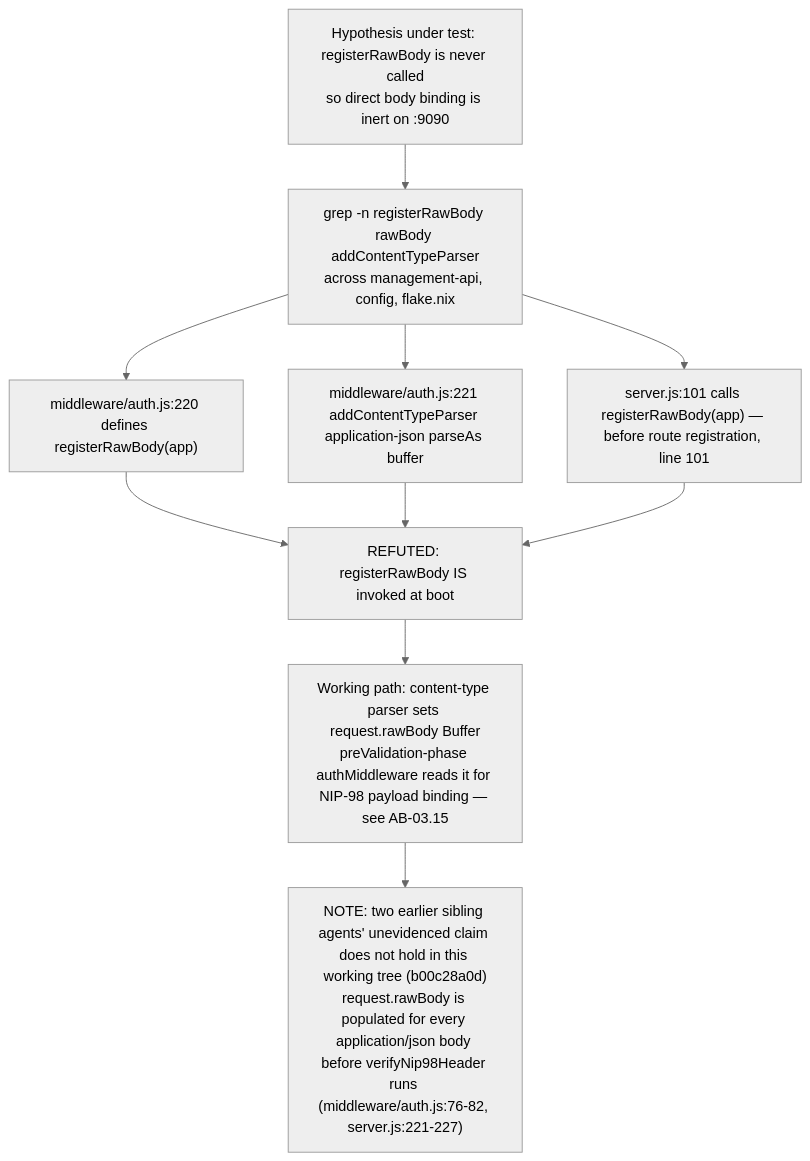
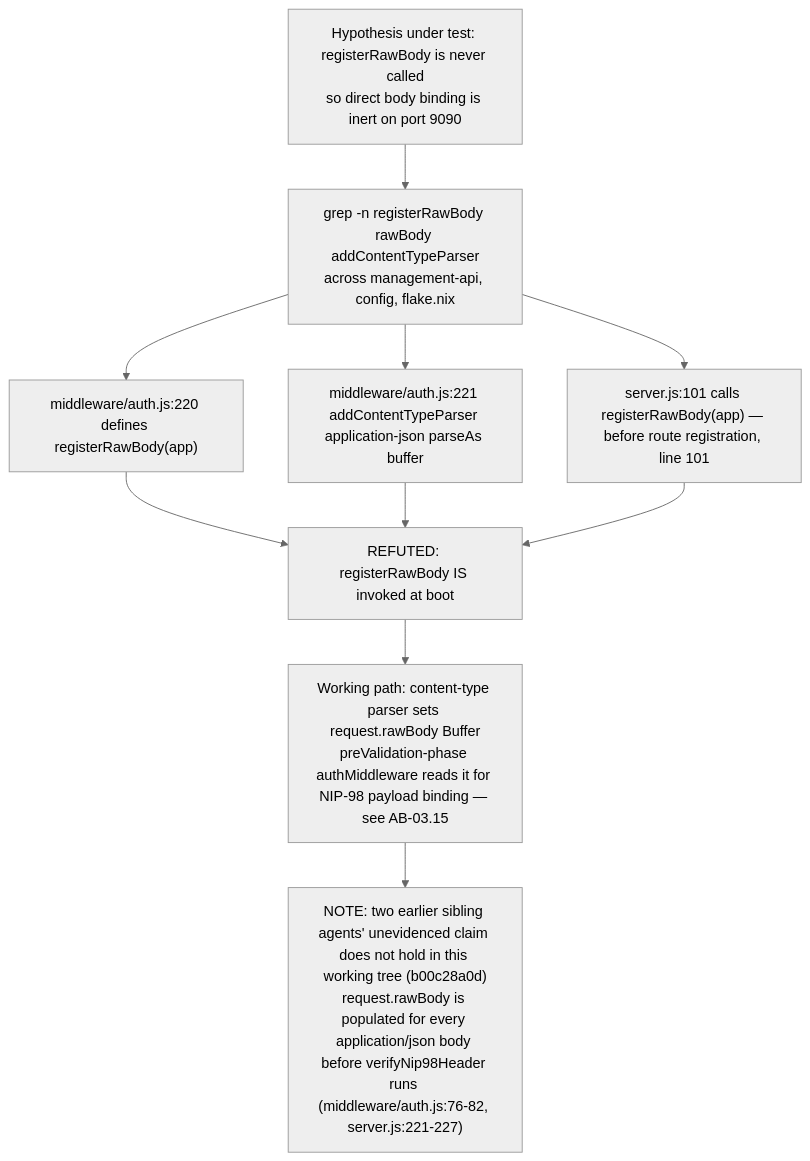
One commit to DreamLab-AI/VisionFlow changed diagram 17 of 17 in docs/diagrams/agentbox/03-management-api-request-lifecycle.md. Above: the diagram before and after it, drawn with Mermaid (neutral theme). The commit also changed other lines of this file and 52 other files, not shown here.

First line of the commit message:
docs(diagrams): wave 3 checkpoint — bare line refs resolved, revision-pinned cite-check, VC-05/AB-01..13 re-attested

````diff
--- a/docs/diagrams/agentbox/03-management-api-request-lifecycle.md
+++ b/docs/diagrams/agentbox/03-management-api-request-lifecycle.md
@@ -629,12 +629,12 @@
 ```mermaid
 flowchart TD
-    Hyp["Hypothesis under test: registerRawBody is never called<br/>so direct body binding is inert on :9090"] --> G1["grep -n registerRawBody rawBody addContentTypeParser<br/>across management-api, config, flake.nix"]
+    Hyp["Hypothesis under test: registerRawBody is never called<br/>so direct body binding is inert on port 9090"] --> G1["grep -n registerRawBody rawBody addContentTypeParser<br/>across management-api, config, flake.nix"]
     G1 --> F1["middleware/auth.js:220 defines registerRawBody(app)"]
     G1 --> F2["middleware/auth.js:221 addContentTypeParser application-json parseAs buffer"]
     G1 --> F3["server.js:101 calls registerRawBody(app) — before route registration, line 101"]
     F1 --> R["REFUTED: registerRawBody IS invoked at boot"]
     F2 --> R
     F3 --> R
     R --> Path["Working path: content-type parser sets request.rawBody Buffer<br/>preValidation-phase authMiddleware reads it for NIP-98 payload binding — see AB-03.15"]
     Path --> Note1["NOTE: two earlier sibling agents' unevidenced claim does not hold in this working tree (b00c28a0d)<br/>request.rawBody is populated for every application/json body before verifyNip98Header runs (middleware/auth.js:76-82, server.js:221-227)"]
 ```
````
